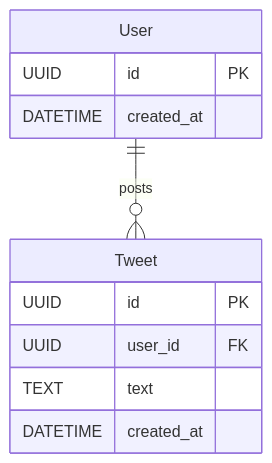
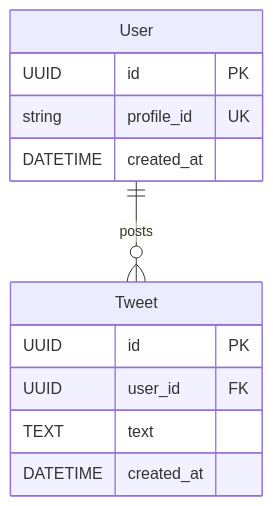
The diagram in docs/er-diragram.md (nakajima97/2025-simple-sns), drawn with Mermaid before and after one commit. The commit also changed 2 other files, not shown here.

Commit message:
#2 ドキュメント更新

````diff
--- a/docs/er-diragram.md
+++ b/docs/er-diragram.md
@@ -1,17 +1,18 @@
 ```mermaid
 erDiagram
     User {
         UUID id PK
+        string profile_id UK
         DATETIME created_at
     }
 
     Tweet {
         UUID id PK
         UUID user_id FK
         TEXT text
         DATETIME created_at
     }
 
     User ||--o{ Tweet : "posts"
 
 ```
````
